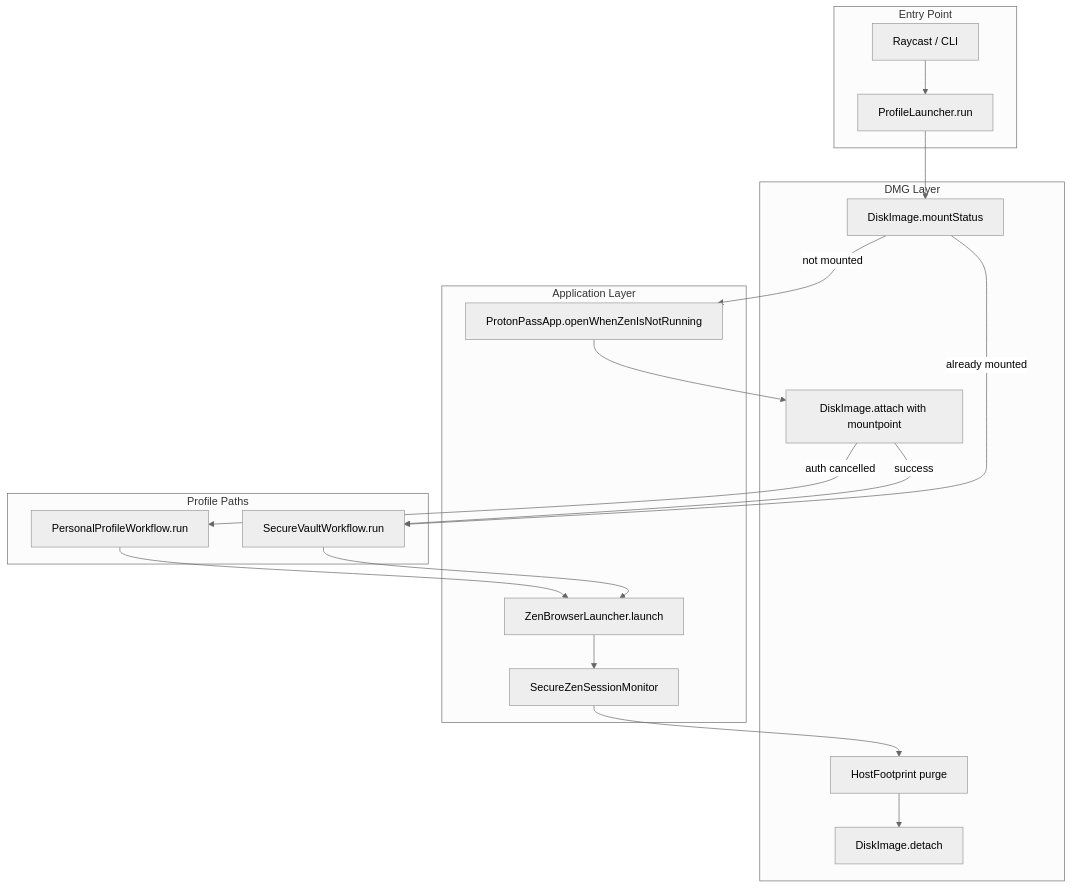
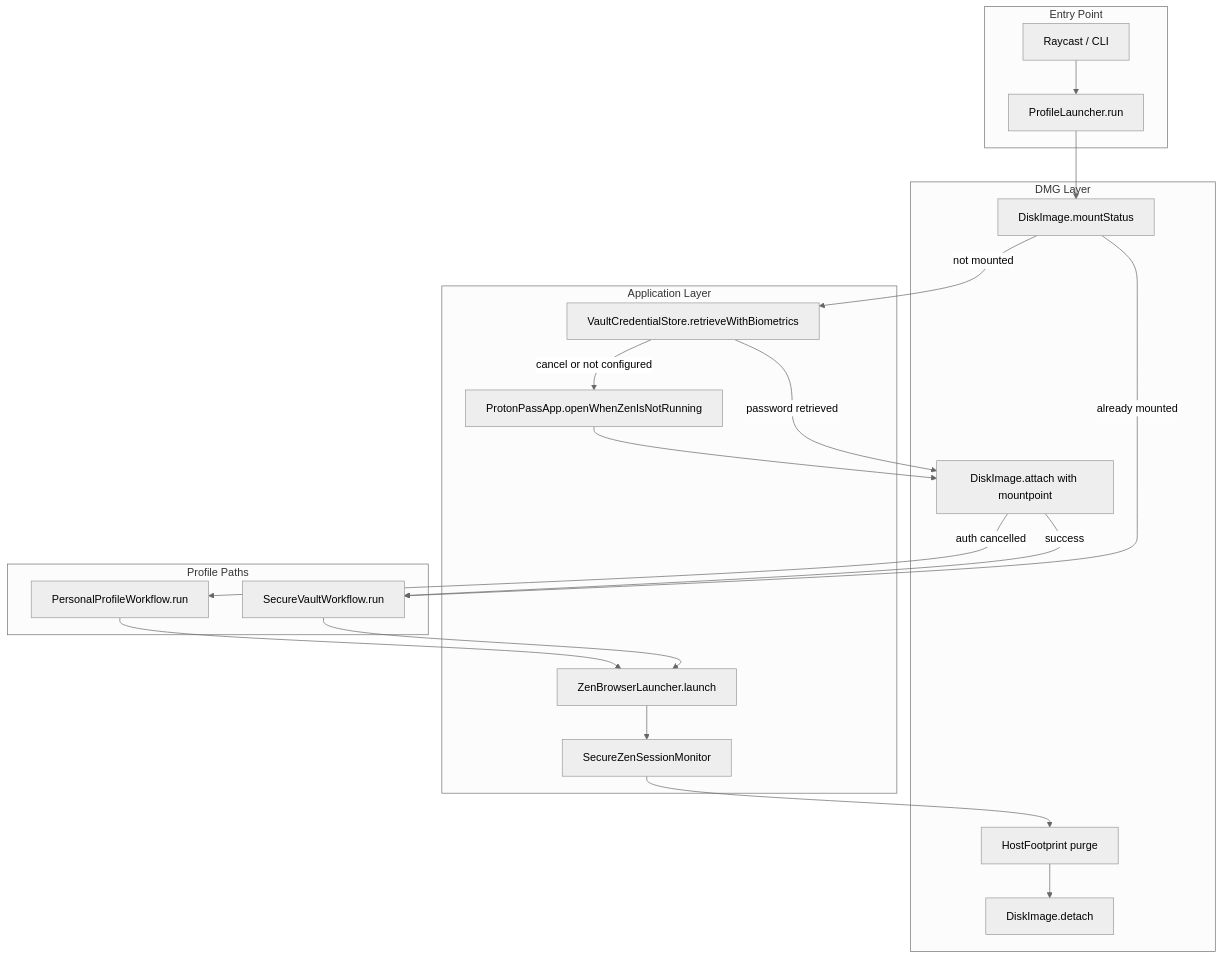
One commit to Johann-Goncalves-Pereira/Raycast changed the first of 6 diagrams in პროფილი-README.md. Above: the diagram before and after it, drawn with Mermaid (neutral theme). The commit also changed other lines of this file and 1 other file, not shown here.

First line of the commit message:
refactor ✨: Enhance Zen Secure Profile workflow with Keychain integration

````diff
--- a/პროფილი-README.md
+++ b/პროფილი-README.md
@@ -25,38 +25,41 @@
 ```mermaid
 flowchart TB
     subgraph entry [Entry Point]
         Raycast[Raycast / CLI]
         Run[ProfileLauncher.run]
     end
 
     subgraph dmg [DMG Layer]
         CheckMount[DiskImage.mountStatus]
         Mount[DiskImage.attach with mountpoint]
         Footprint[HostFootprint purge]
         Eject[DiskImage.detach]
     end
 
     subgraph apps [Application Layer]
+        Keychain[VaultCredentialStore.retrieveWithBiometrics]
         ProtonPass[ProtonPassApp.openWhenZenIsNotRunning]
         Zen[ZenBrowserLauncher.launch]
         Monitor[SecureZenSessionMonitor]
     end
 
     subgraph profiles [Profile Paths]
         Secure[SecureVaultWorkflow.run]
         Personal[PersonalProfileWorkflow.run]
     end
 
     Raycast --> Run
     Run --> CheckMount
     CheckMount -->|already mounted| Secure
-    CheckMount -->|not mounted| ProtonPass
+    CheckMount -->|not mounted| Keychain
+    Keychain -->|password retrieved| Mount
+    Keychain -->|cancel or not configured| ProtonPass
     ProtonPass --> Mount
     Mount -->|success| Secure
     Mount -->|auth cancelled| Personal
     Secure --> Zen
     Zen --> Monitor
     Monitor --> Footprint
     Footprint --> Eject
     Personal --> Zen
 ```
````
